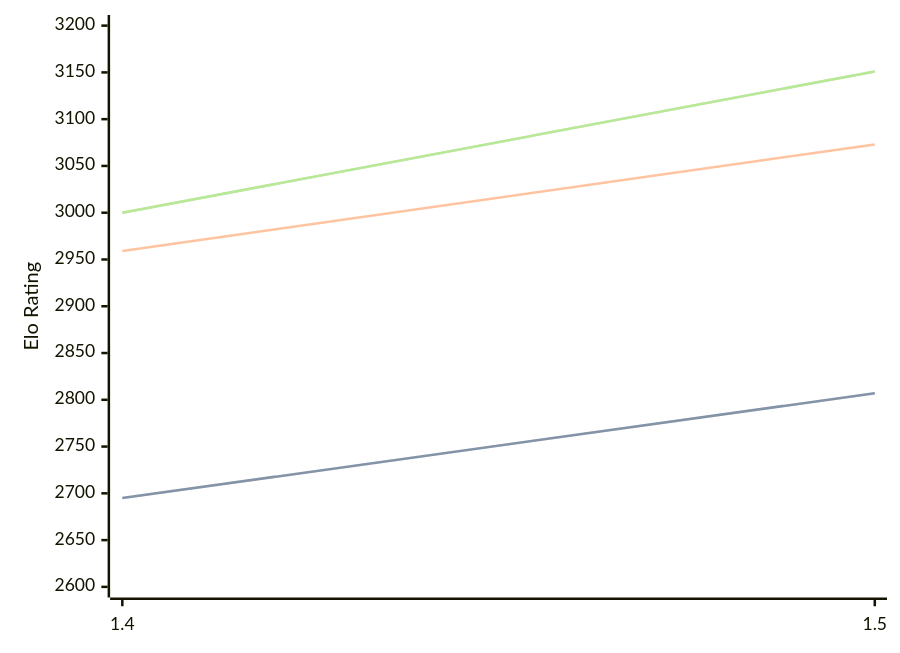
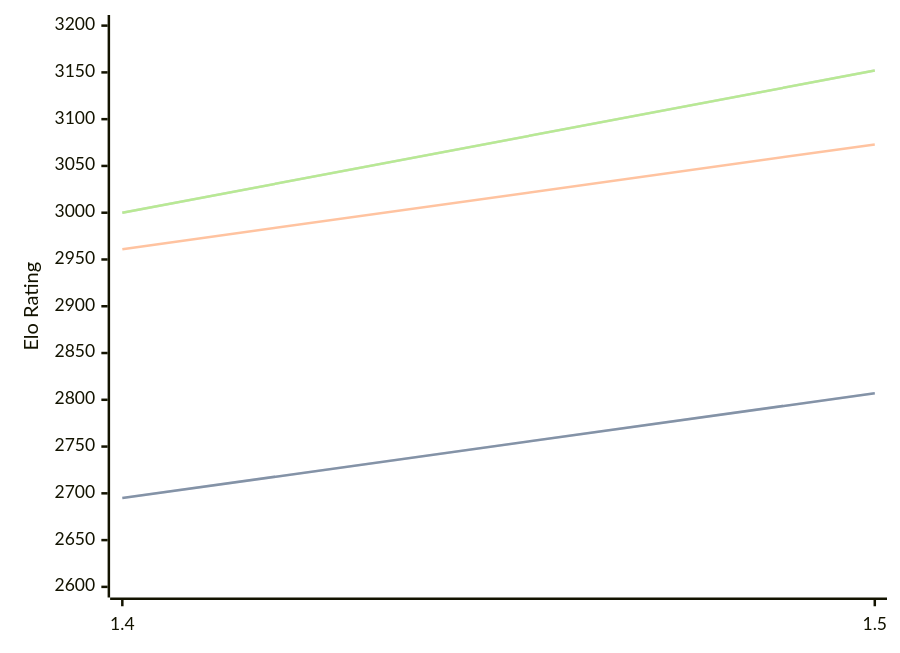
Before and after one commit to computer-chess-index/cci: the diagram in engines/Yakka.md, drawn with Mermaid. The commit also changed other lines of this file, not shown here.

Commit message:
Update CCI Ratings (ELO VLTC) - 2026-05-01

````diff
--- a/engines/Yakka.md
+++ b/engines/Yakka.md
@@ -36,11 +36,11 @@
 ```mermaid
 %%{init: {"theme":"base","themeVariables":{"seriesColors:['#a3a3a3','#222221','#faa371']}}}%%
 xychart-beta
   x-axis ["1.4", "1.5"]
   y-axis "Elo Rating" 2600 --> 3200
   line "STC (8.0+0.08s)" [2695, 2807]
   line "STC (8.0+0.08s)" [2695, 2807]
-  line "LTC (60.0+0.60s)" [2959, 3073]
-  line "VLTC (2m24s+1.12s)" [3000, 3151]
-  line "VLTC (2m24s+1.12s)" [3000, 3151]
+  line "LTC (60.0+0.60s)" [2961, 3073]
+  line "VLTC (2m24s+1.12s)" [3000, 3152]
+  line "VLTC (2m24s+1.12s)" [3000, 3152]
 ```
````
